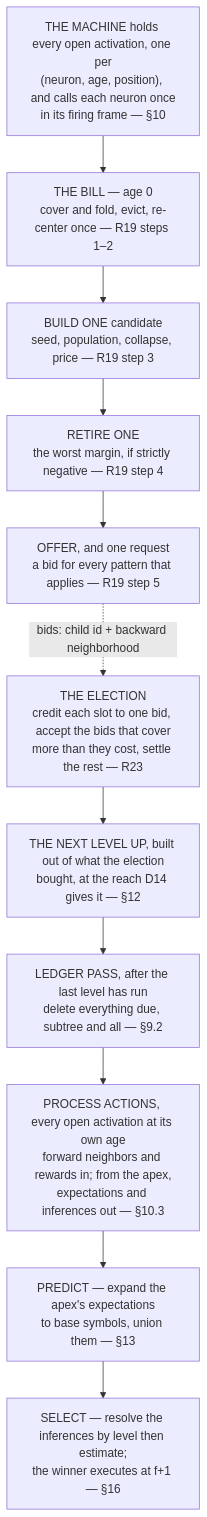
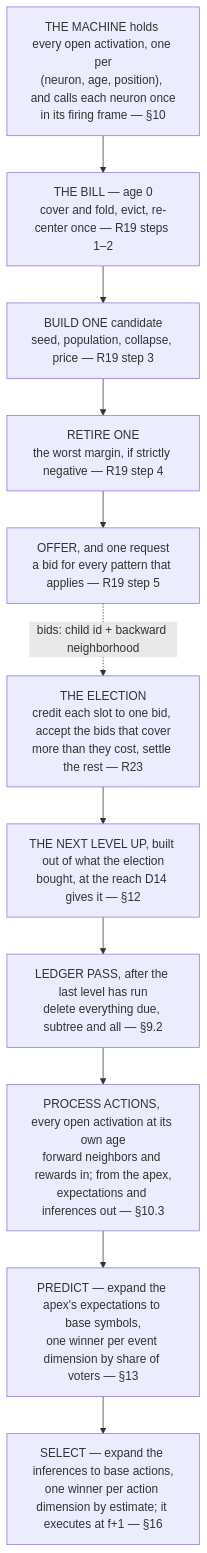
The diagram in docs/algorithm-remarks.md (cucar/robot_brain), drawn with Mermaid before and after one commit. The commit also changed other lines of this file and 3 other files, not shown here.

````diff
--- a/docs/algorithm-remarks.md
+++ b/docs/algorithm-remarks.md
@@ -774,14 +806,14 @@
 ```mermaid
 flowchart TD
     A["THE MACHINE holds every open activation, one per<br/>(neuron, age, position), and calls each neuron once<br/>in its firing frame — §10"]
     A --> B["THE BILL — age 0<br/>cover and fold, evict, re-center once — R19 steps 1–2"]
     B --> M["BUILD ONE candidate<br/>seed, population, collapse, price — R19 step 3"]
     M --> DEL["RETIRE ONE<br/>the worst margin, if strictly negative — R19 step 4"]
     DEL --> P["OFFER, and one request<br/>a bid for every pattern that applies — R19 step 5"]
     P -.->|"bids: child id + backward neighborhood"| X["THE ELECTION<br/>credit each slot to one bid, accept the bids that cover<br/>more than they cost, settle the rest — R23"]
     X --> O["THE NEXT LEVEL UP, built out of what the election<br/>bought, at the reach D14 gives it — §12"]
     O --> Z["LEDGER PASS, after the last level has run<br/>delete everything due, subtree and all — §9.2"]
     Z --> W["PROCESS ACTIONS, every open activation at its own age<br/>forward neighbors and rewards in; from the apex,<br/>expectations and inferences out — §10.3"]
-    W --> Y["PREDICT — expand the apex's expectations<br/>to base symbols, union them — §13"]
-    Y --> S["SELECT — resolve the inferences by level then estimate;<br/>the winner executes at f+1 — §16"]
+    W --> Y["PREDICT — expand the apex's expectations to base symbols,<br/>one winner per event dimension by share of voters — §13"]
+    Y --> S["SELECT — expand the inferences to base actions,<br/>one winner per action dimension by estimate; it executes at f+1 — §16"]
 ```
````
